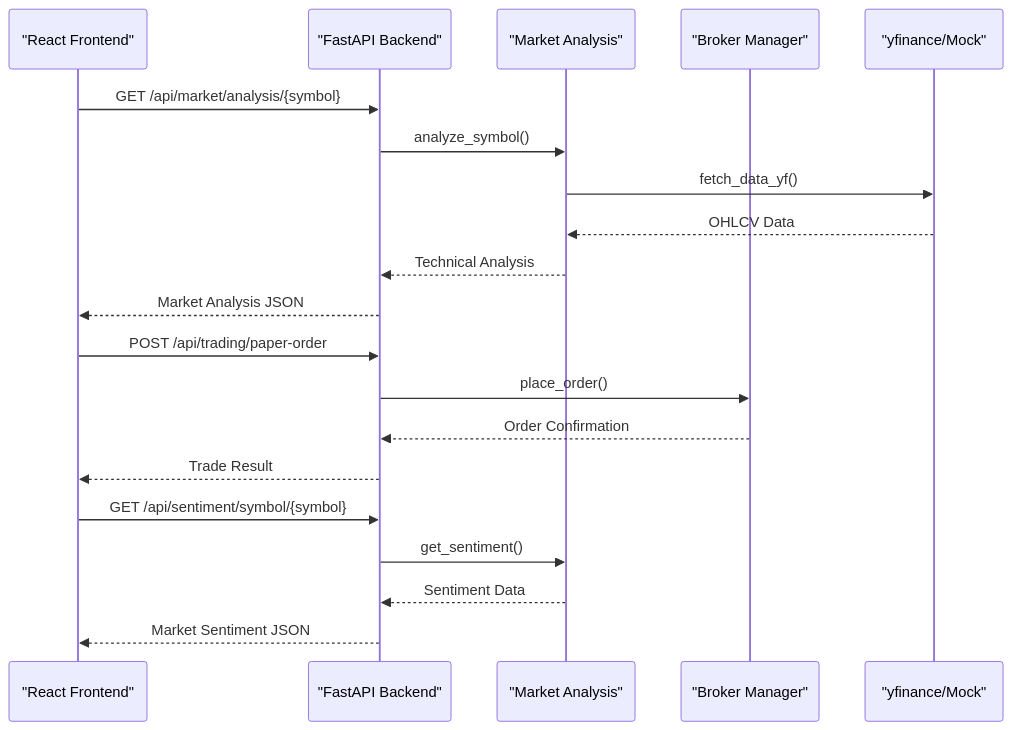
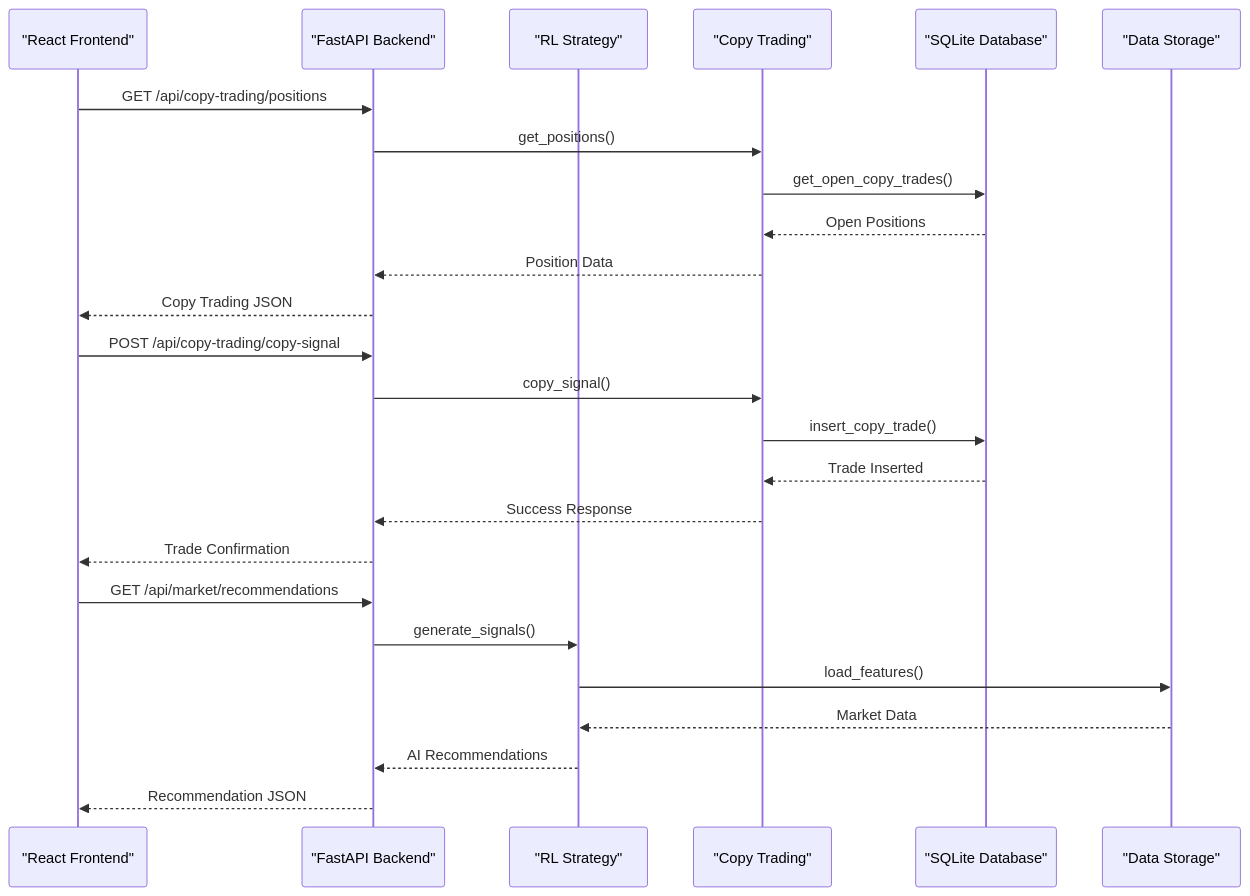
Before and after one commit to cavraeg-eng/Trading-App: the second of 3 diagrams in .qoder/repowiki/en/content/Project Overview/Core Features/Core Features.md, drawn with Mermaid. The commit also changed other lines of this file and 138 other files, not shown here.

First line of the commit message:
feat(LiveTrading): add MT5-style chart overlay for entry/SL/TP levels

````diff
--- a/.qoder/repowiki/en/content/Project Overview/Core Features/Core Features.md
+++ b/.qoder/repowiki/en/content/Project Overview/Core Features/Core Features.md
@@ -166,22 +179,27 @@
 ```mermaid
 sequenceDiagram
 participant UI as "React Frontend"
 participant API as "FastAPI Backend"
-participant Market as "Market Analysis"
-participant Broker as "Broker Manager"
-participant Data as "yfinance/Mock"
-UI->>API : GET /api/market/analysis/{symbol}
-API->>Market : analyze_symbol()
-Market->>Data : fetch_data_yf()
-Data-->>Market : OHLCV Data
-Market-->>API : Technical Analysis
-API-->>UI : Market Analysis JSON
-UI->>API : POST /api/trading/paper-order
-API->>Broker : place_order()
-Broker-->>API : Order Confirmation
-API-->>UI : Trade Result
-UI->>API : GET /api/sentiment/symbol/{symbol}
-API->>Market : get_sentiment()
-Market-->>API : Sentiment Data
-API-->>UI : Market Sentiment JSON
+participant RL as "RL Strategy"
+participant Copy as "Copy Trading"
+participant DB as "SQLite Database"
+participant Storage as "Data Storage"
+UI->>API : GET /api/copy-trading/positions
+API->>Copy : get_positions()
+Copy->>DB : get_open_copy_trades()
+DB-->>Copy : Open Positions
+Copy-->>API : Position Data
+API-->>UI : Copy Trading JSON
+UI->>API : POST /api/copy-trading/copy-signal
+API->>Copy : copy_signal()
+Copy->>DB : insert_copy_trade()
+DB-->>Copy : Trade Inserted
+Copy-->>API : Success Response
+API-->>UI : Trade Confirmation
+UI->>API : GET /api/market/recommendations
+API->>RL : generate_signals()
+RL->>Storage : load_features()
+Storage-->>RL : Market Data
+RL-->>API : AI Recommendations
+API-->>UI : Recommendation JSON
 ```
````
